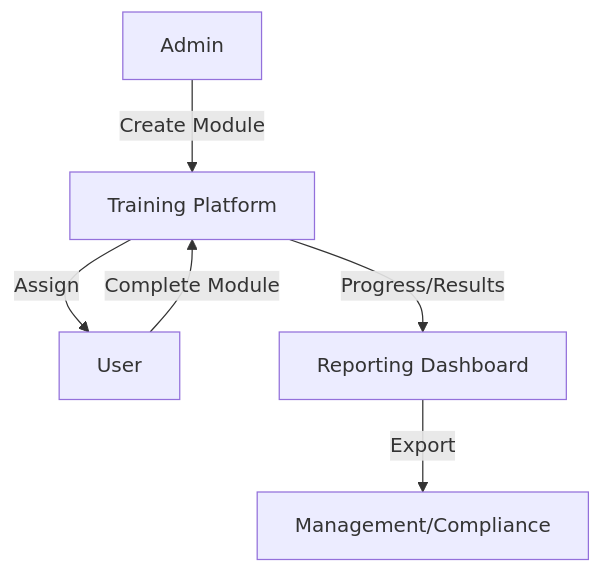
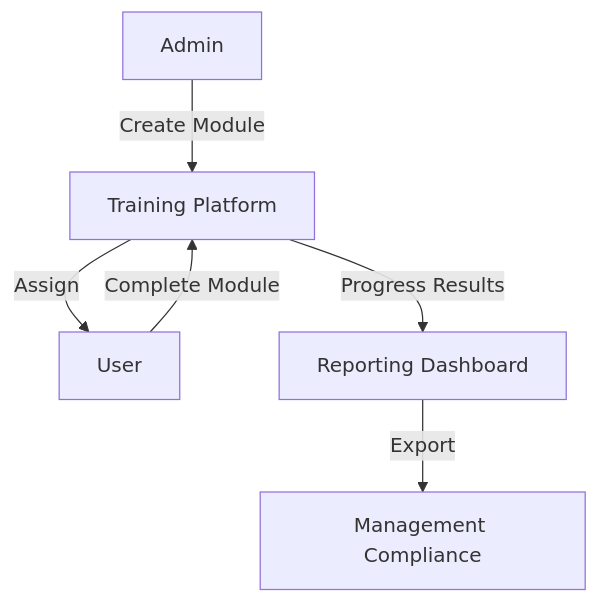
Before and after one commit to TheHaywire/special-waffle: the first of 2 diagrams in docs/architecture/security_awareness.md, drawn with Mermaid. The commit also changed other lines of this file and 9 other files, not shown here.

Commit message:
fix(docs): systematically fix all Mermaid diagrams for compatibility and clarity across architecture and industry guides

````diff
--- a/docs/architecture/security_awareness.md
+++ b/docs/architecture/security_awareness.md
@@ -11,8 +11,8 @@
 ```mermaid
 flowchart TD
     A[Admin] -->|Create Module| B[Training Platform]
     B -->|Assign| C[User]
     C -->|Complete Module| B
-    B -->|Progress/Results| D[Reporting Dashboard]
-    D -->|Export| E[Management/Compliance]
+    B -->|Progress Results| D[Reporting Dashboard]
+    D -->|Export| E[Management Compliance]
 ```
````
